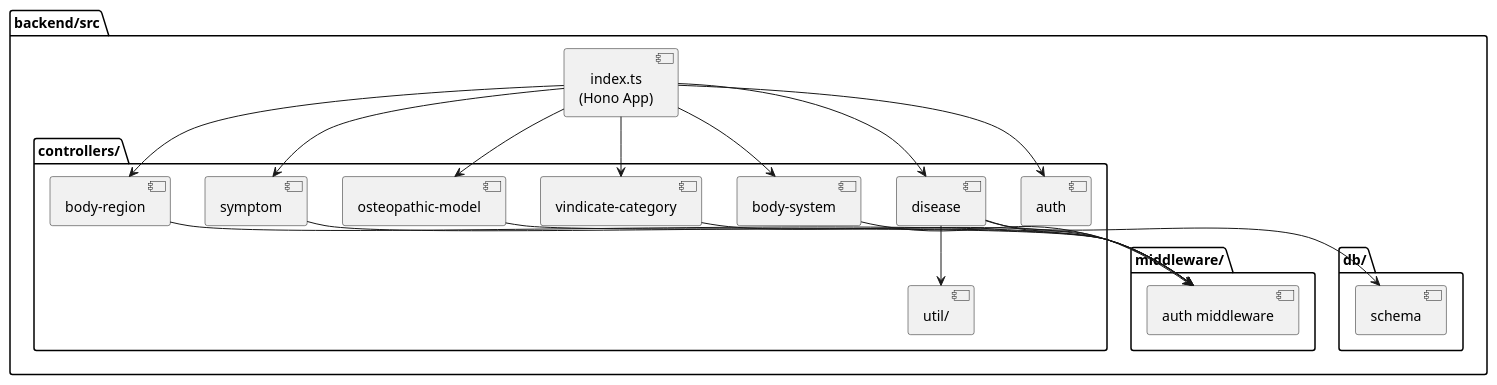
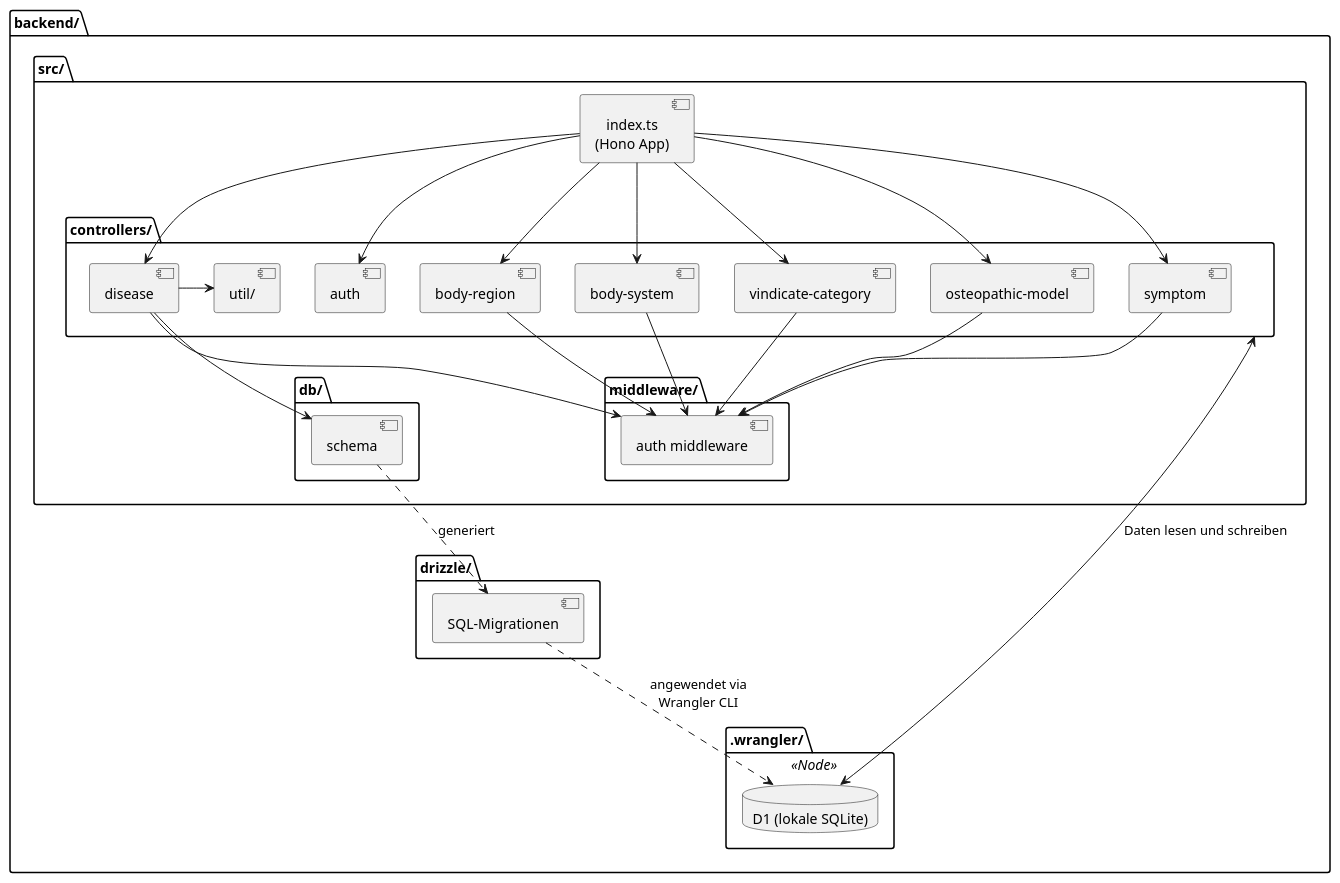
Before and after one commit to ljanner/osteohub: the fourth of 9 diagrams in docs/Architekturdokumentation.md, drawn with PlantUML. The commit also changed other lines of this file, not shown here.

Commit message:
docs(backend): add more detail to diagram

````diff
--- a/docs/Architekturdokumentation.md
+++ b/docs/Architekturdokumentation.md
@@ -228,41 +228,54 @@
 ```plantuml
 @startuml
 skinparam defaultTextAlignment center
 
-package "backend/src" {
-  [index.ts\n(Hono App)] as App
-  package "controllers/" {
-    [auth] as AuthCtrl
-    [disease] as DiseaseCtrl
-    [body-region] as BodyRegionCtrl
-    [body-system] as BodySystemCtrl
-    [vindicate-category] as VindicateCtrl
-    [osteopathic-model] as OsteoCtrl
-    [symptom] as SymptomCtrl
-    [util/] as Util
+package "backend/" {
+  package "src/" {
+    [index.ts\n(Hono App)] as App
+    package "controllers/" as Controllers {
+      [auth] as AuthCtrl
+      [disease] as DiseaseCtrl
+      [body-region] as BodyRegionCtrl
+      [body-system] as BodySystemCtrl
+      [vindicate-category] as VindicateCtrl
+      [osteopathic-model] as OsteoCtrl
+      [symptom] as SymptomCtrl
+      [util/] as Util
+    }
+    package "middleware/" {
+      [auth middleware] as AuthMW
+    }
+    package "db/" {
+      [schema] as Schema
+    }
   }
-  package "middleware/" {
-    [auth middleware] as AuthMW
+
+  package "drizzle/" {
+    [SQL-Migrationen] as Migrations
   }
-  package "db/" {
-    [schema] as Schema
+
+  package ".wrangler/" <<Node>> {
+    database "D1 (lokale SQLite)" as LocalD1
   }
 }
 
 App --> AuthCtrl
 App --> DiseaseCtrl
 App --> BodyRegionCtrl
 App --> BodySystemCtrl
 App --> VindicateCtrl
 App --> OsteoCtrl
 App --> SymptomCtrl
-DiseaseCtrl --> Util
-DiseaseCtrl --> AuthMW
+DiseaseCtrl -> Util
+DiseaseCtrl -> AuthMW
 BodyRegionCtrl --> AuthMW
 BodySystemCtrl --> AuthMW
 VindicateCtrl --> AuthMW
 OsteoCtrl --> AuthMW
 SymptomCtrl --> AuthMW
 DiseaseCtrl --> Schema
+Schema ..> Migrations : generiert
+Migrations ..> LocalD1 : angewendet via\nWrangler CLI
+Controllers <--> LocalD1: Daten lesen und schreiben
 @enduml
 ```
````
